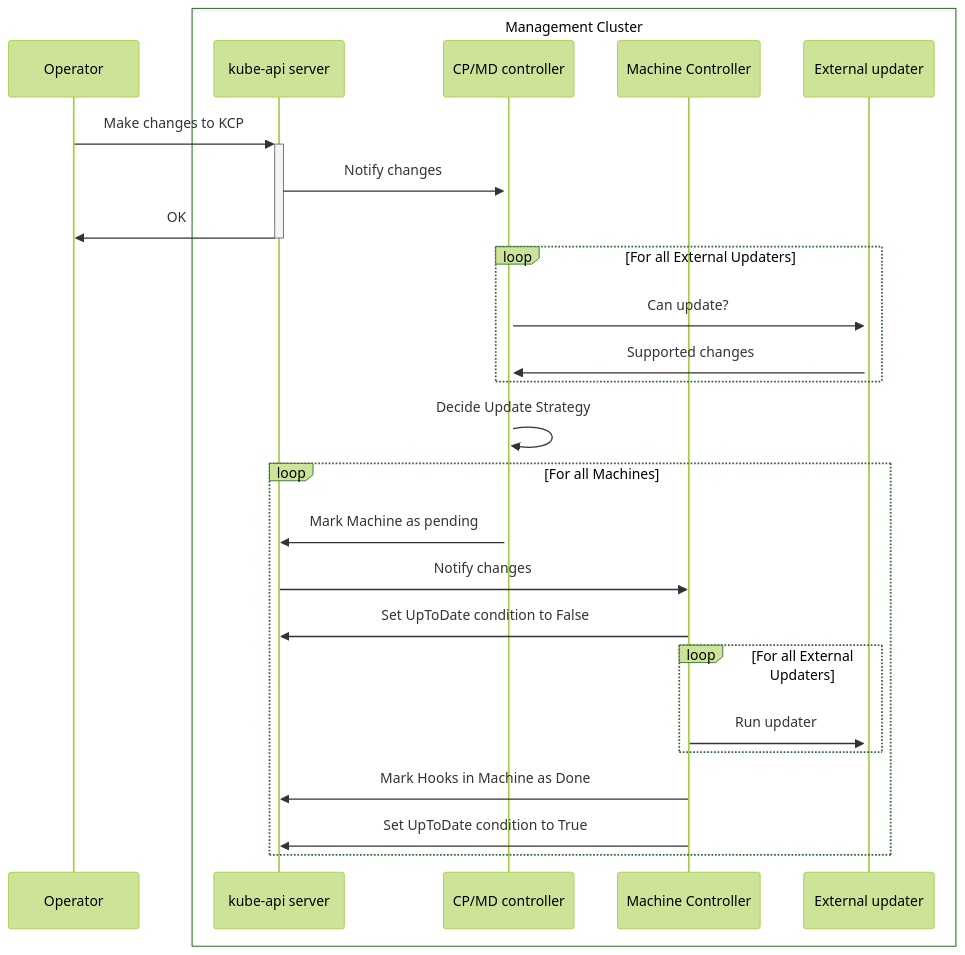
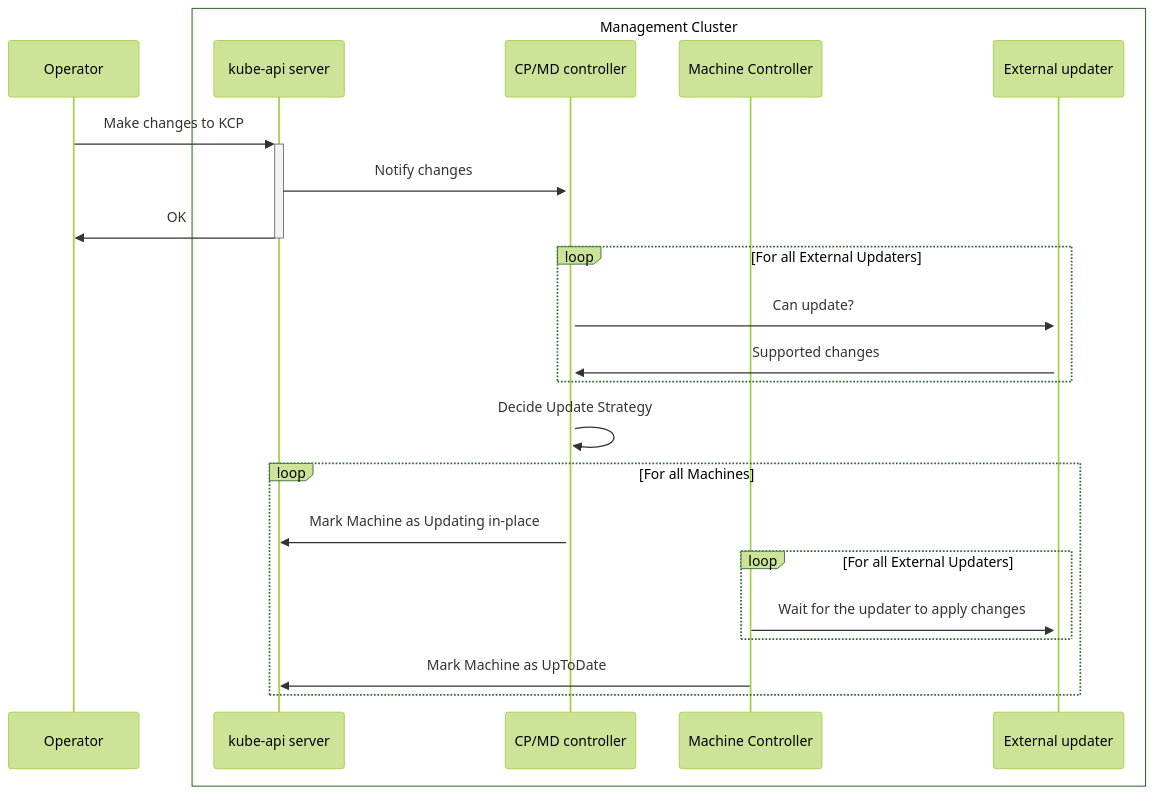
One commit to kubernetes-sigs/cluster-api changed the first of 5 diagrams in docs/proposals/20240807-in-place-updates.md. Above: the diagram before and after it, drawn with Mermaid (forest theme). The commit also changed other lines of this file and 8 other files, not shown here.

````diff
--- a/docs/proposals/20240807-in-place-updates.md
+++ b/docs/proposals/20240807-in-place-updates.md
@@ -191,30 +202,27 @@
 ```mermaid
 sequenceDiagram
     participant Operator
 
     box Management Cluster
         participant apiserver as kube-api server
         participant capi as CP/MD controller
         participant mach as Machine Controller
         participant hook as External updater
     end
 
     Operator->>+apiserver: Make changes to KCP
     apiserver->>+capi: Notify changes
     apiserver->>-Operator: OK
     loop For all External Updaters
         capi->>+hook: Can update?
         hook->>capi: Supported changes
     end
     capi->>capi: Decide Update Strategy
     loop For all Machines
-        capi->>apiserver: Mark Machine as pending
-        apiserver->>mach: Notify changes
-        mach->>apiserver: Set UpToDate condition to False
+        capi->>apiserver: Mark Machine as Updating in-place
         loop For all External Updaters
-            mach->>hook: Run updater
+            mach->>hook: Wait for the updater to apply changes
         end
-        mach->>apiserver: Mark Hooks in Machine as Done
-        mach->>apiserver: Set UpToDate condition to True
+        mach->>apiserver: Mark Machine as UpToDate
     end
 ```
````
